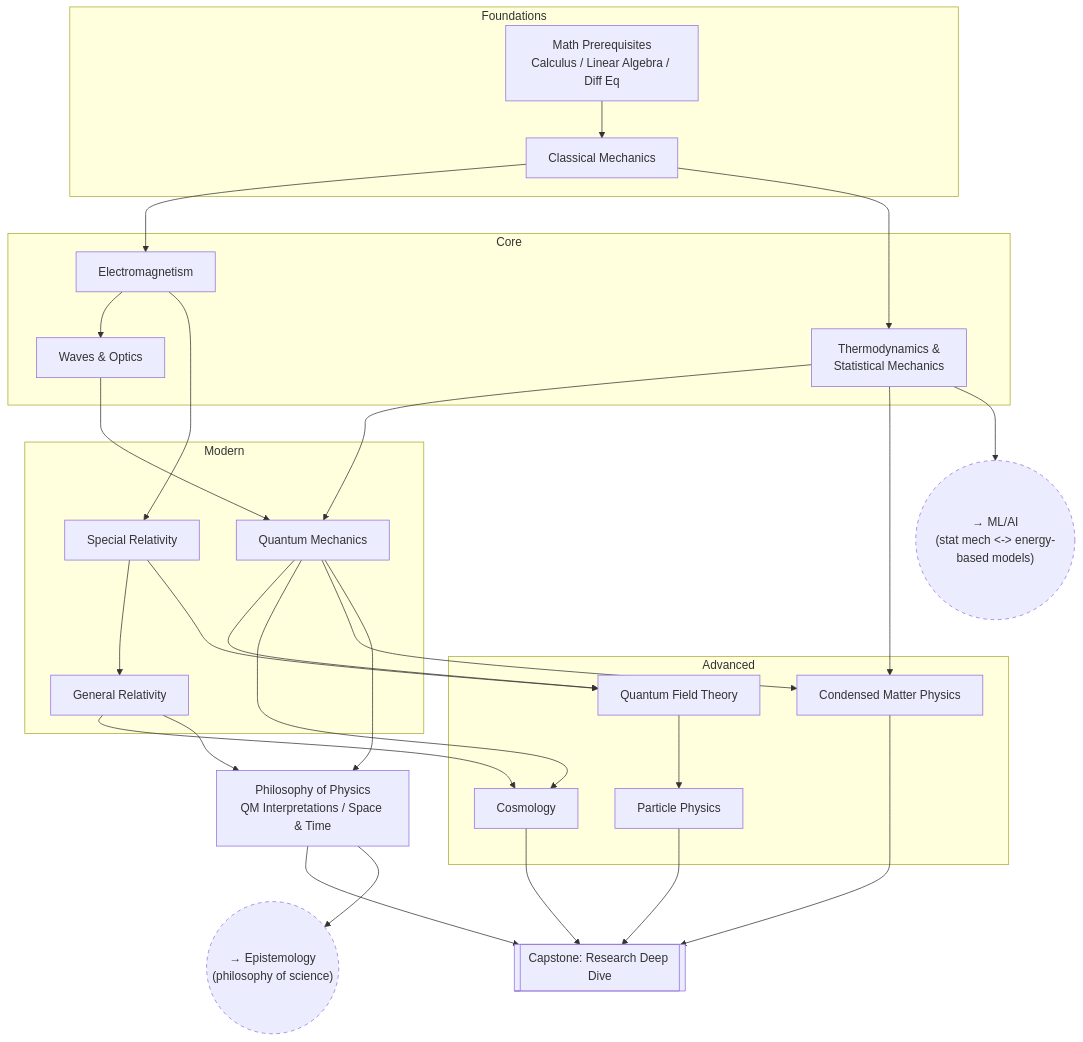
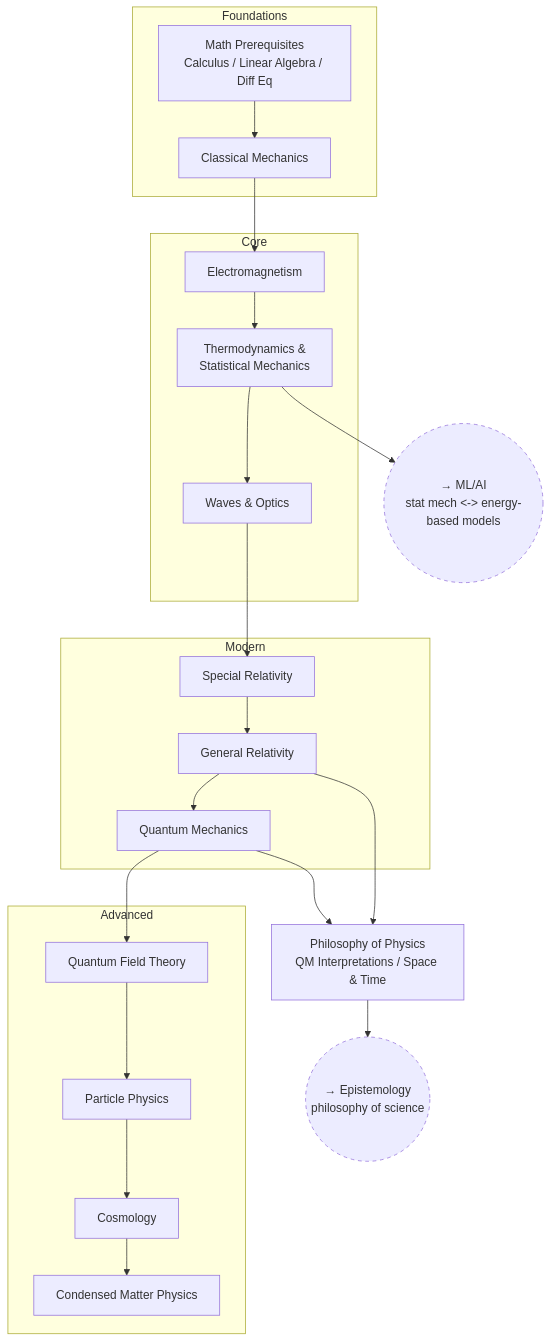
One commit to nocontextwindow/skill-trees changed the diagram in trees/physics.md. Above: the diagram before and after it, drawn with Mermaid. The commit also changed other lines of this file and 16 other files, not shown here.

````diff
--- a/trees/physics.md
+++ b/trees/physics.md
@@ -8,60 +8,44 @@
 ```mermaid
 flowchart TD
     subgraph Foundations
         PH_MATH[Math Prerequisites<br/>Calculus / Linear Algebra / Diff Eq]
         PH_CLASS[Classical Mechanics]
+        PH_MATH --> PH_CLASS
     end
 
     subgraph Core
         PH_EM[Electromagnetism]
         PH_THERMO[Thermodynamics &<br/>Statistical Mechanics]
         PH_WAVES[Waves & Optics]
+        PH_EM --> PH_THERMO --> PH_WAVES
     end
 
     subgraph Modern
         PH_SR[Special Relativity]
         PH_GR[General Relativity]
         PH_QM[Quantum Mechanics]
+        PH_SR --> PH_GR --> PH_QM
     end
 
     subgraph Advanced
         PH_QFT[Quantum Field Theory]
         PH_PARTICLE[Particle Physics]
         PH_COSMO[Cosmology]
         PH_COND[Condensed Matter Physics]
+        PH_QFT --> PH_PARTICLE --> PH_COSMO --> PH_COND
     end
 
     PH_PHILO[Philosophy of Physics<br/>QM Interpretations / Space & Time]
-    PH_CAPSTONE[["Capstone: Research Deep Dive"]]
 
-    PH_MATH --> PH_CLASS
     PH_CLASS --> PH_EM
-    PH_CLASS --> PH_THERMO
-    PH_EM --> PH_WAVES
-    PH_EM --> PH_SR
-    PH_SR --> PH_GR
-    PH_WAVES --> PH_QM
-    PH_THERMO --> PH_QM
-
+    PH_WAVES --> PH_SR
     PH_QM --> PH_QFT
-    PH_SR --> PH_QFT
-    PH_QFT --> PH_PARTICLE
-    PH_GR --> PH_COSMO
-    PH_QM --> PH_COSMO
-    PH_QM --> PH_COND
-    PH_THERMO --> PH_COND
-
     PH_QM --> PH_PHILO
     PH_GR --> PH_PHILO
 
-    PH_PARTICLE --> PH_CAPSTONE
-    PH_COSMO --> PH_CAPSTONE
-    PH_COND --> PH_CAPSTONE
-    PH_PHILO --> PH_CAPSTONE
-
     classDef crosslink stroke-dasharray: 5 5
-    PH_EP(("→ Epistemology<br/>(philosophy of science)")):::crosslink
-    PH_ML(("→ ML/AI<br/>(stat mech <-> energy-based models)")):::crosslink
+    PH_EP(("→ Epistemology<br/>philosophy of science")):::crosslink
+    PH_ML(("→ ML/AI<br/>stat mech <-> energy-based models")):::crosslink
     PH_PHILO --> PH_EP
     PH_THERMO --> PH_ML
 ```
````
